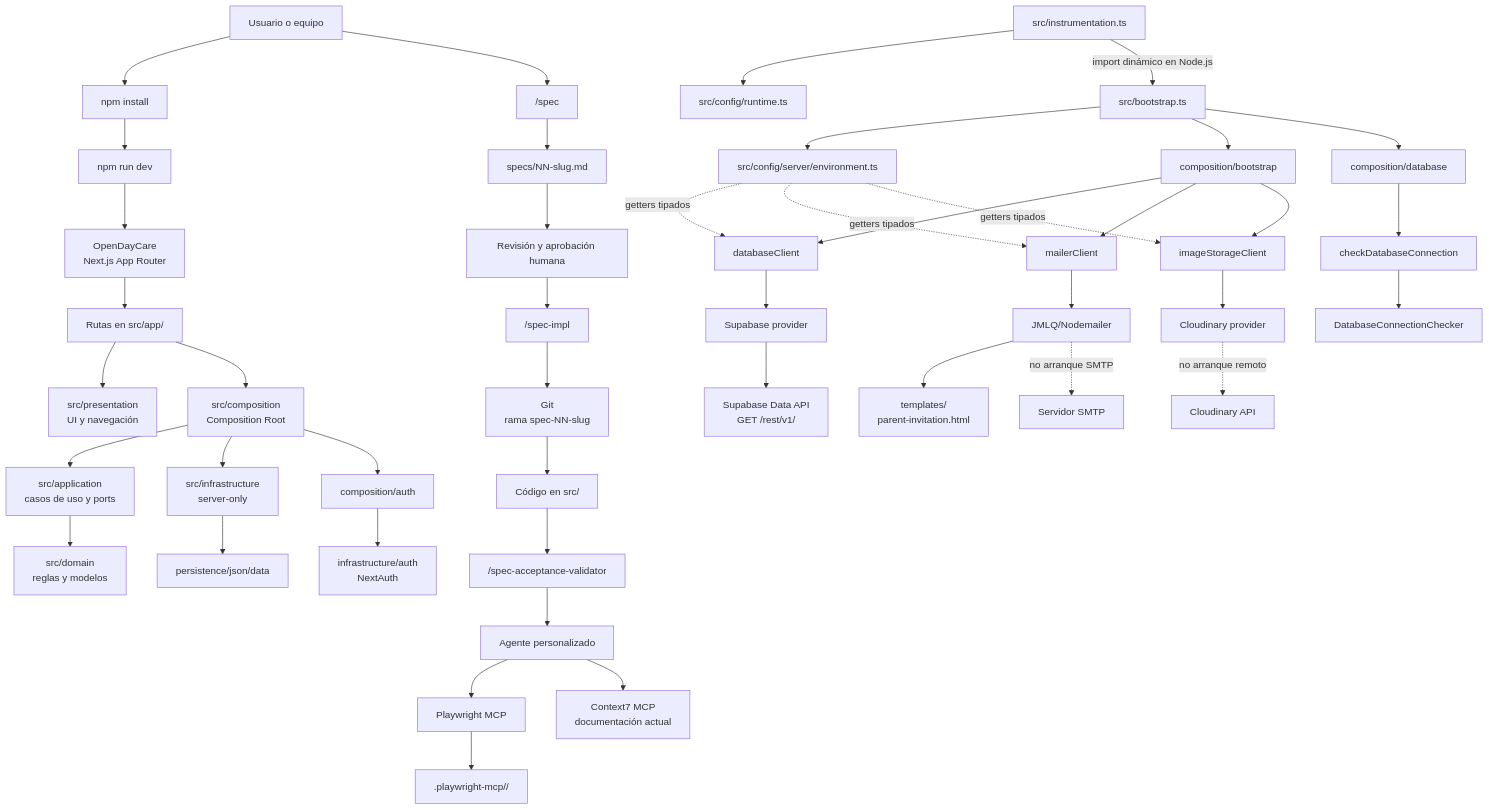
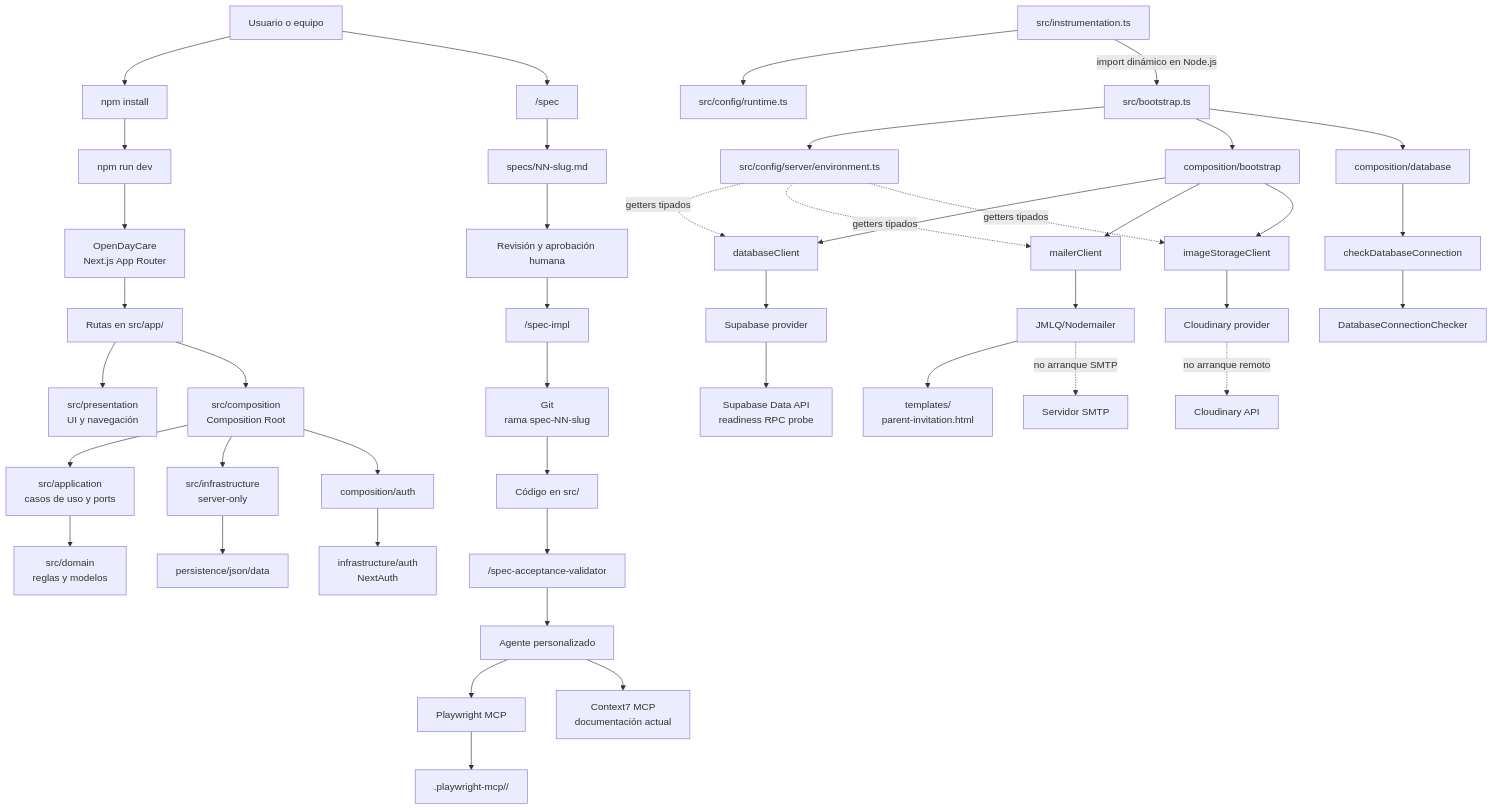
The first of 2 diagrams in README.md (MLahuasi/opencode-daycare), drawn with Mermaid before and after one commit. The commit also changed other lines of this file and 3 other files, not shown here.

````diff
--- a/README.md
+++ b/README.md
@@ -255,49 +257,49 @@
 ```mermaid
 flowchart TD
     U[Usuario o equipo] --> I[npm install]
     I --> R[npm run dev]
     R --> APP["OpenDayCare<br/>Next.js App Router"]
 
     APP --> ROUTES["Rutas en src/app/"]
     ROUTES --> PRESENTATION["src/presentation<br/>UI y navegación"]
     ROUTES --> COMPOSITION["src/composition<br/>Composition Root"]
     COMPOSITION --> APPLICATION["src/application<br/>casos de uso y ports"]
     APPLICATION --> DOMAIN["src/domain<br/>reglas y modelos"]
     COMPOSITION --> INFRA["src/infrastructure<br/>server-only"]
     INFRA --> JSON["persistence/json/data"]
     COMPOSITION --> AUTH["composition/auth"]
     AUTH --> NEXTAUTH["infrastructure/auth<br/>NextAuth"]
 
     INSTRUMENTATION["src/instrumentation.ts"] --> RUNTIME["src/config/runtime.ts"]
     INSTRUMENTATION -->|import dinámico en Node.js| BOOTSTRAP["src/bootstrap.ts"]
     BOOTSTRAP --> ENV["src/config/server/environment.ts"]
     BOOTSTRAP --> BOOT_COMPOSITION["composition/bootstrap"]
     BOOTSTRAP --> DB_COMPOSITION["composition/database"]
     BOOT_COMPOSITION --> DB["databaseClient"]
     BOOT_COMPOSITION --> MAILER["mailerClient"]
     BOOT_COMPOSITION --> IMAGE["imageStorageClient"]
     DB_COMPOSITION --> CHECK["checkDatabaseConnection"]
     CHECK --> DB_PORT["DatabaseConnectionChecker"]
     DB --> SUPABASE_PROVIDER["Supabase provider"]
-    SUPABASE_PROVIDER --> SUPABASE["Supabase Data API<br/>GET /rest/v1/"]
+    SUPABASE_PROVIDER --> SUPABASE["Supabase Data API<br/>readiness RPC probe"]
     MAILER --> JMLQ["JMLQ/Nodemailer"]
     JMLQ --> TEMPLATE["templates/<br/>parent-invitation.html"]
     JMLQ -. no arranque SMTP .-> SMTP["Servidor SMTP"]
     IMAGE --> CLOUDINARY["Cloudinary provider"]
     CLOUDINARY -. no arranque remoto .-> CLOUDINARY_API["Cloudinary API"]
     ENV -. getters tipados .-> DB
     ENV -. getters tipados .-> MAILER
     ENV -. getters tipados .-> IMAGE
 
     U --> SPEC["/spec"]
     SPEC --> FILE["specs/NN-slug.md"]
     FILE --> HUMAN["Revisión y aprobación humana"]
     HUMAN --> IMPL["/spec-impl"]
     IMPL --> GIT["Git<br/>rama spec-NN-slug"]
     GIT --> CODE["Código en src/"]
     CODE --> VALIDATE["/spec-acceptance-validator"]
     VALIDATE --> AGENT[Agente personalizado]
     AGENT --> PW[Playwright MCP]
     PW --> ART[".playwright-mcp/<Feature>/"]
     AGENT --> C7["Context7 MCP<br/>documentación actual"]
 ```
````
